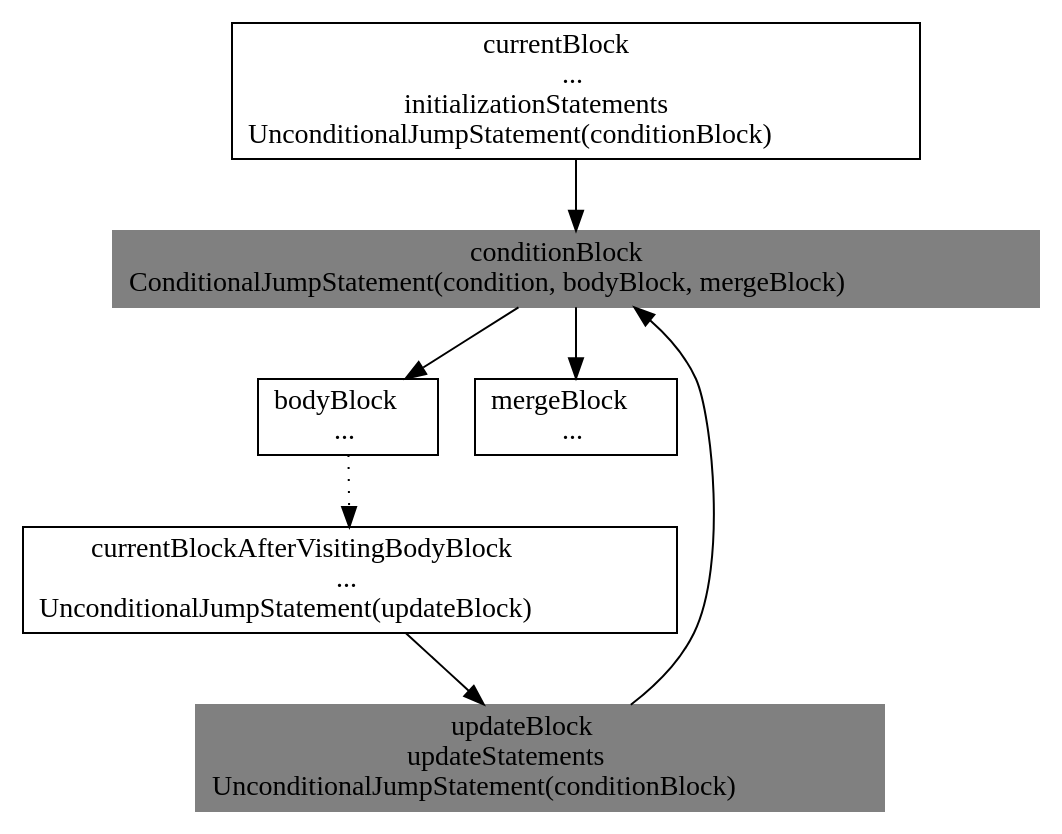
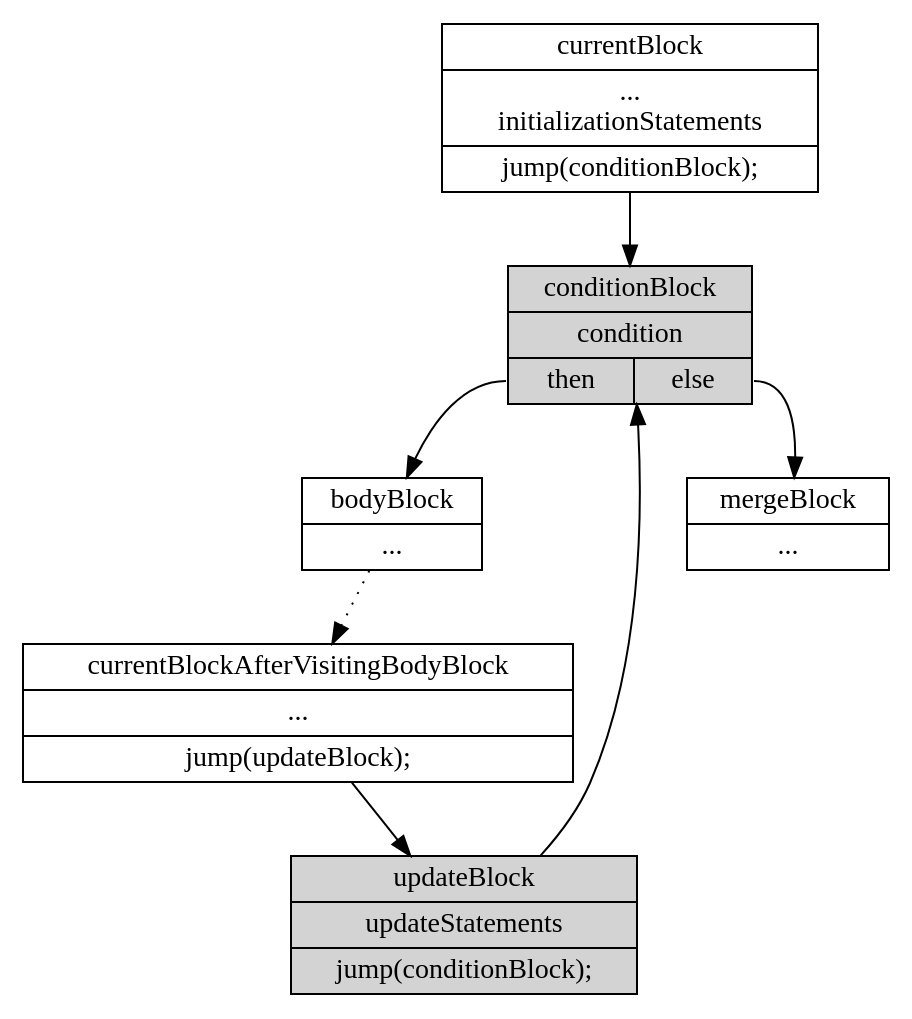
One commit to andreisilviudragnea/remove-recursion-inspection changed the diagram in templates-master/theses/diploma/src/graph/for.dot. Above: the diagram before and after it, drawn with Graphviz. The commit also changed 10 other files, not shown here.

```diff
--- a/templates-master/theses/diploma/src/graph/for.dot
+++ b/templates-master/theses/diploma/src/graph/for.dot
@@ -1,15 +1,16 @@
 digraph G {
-    node [shape=box];
-    currentBlock [label=<currentBlock<BR/>...<BR/>initializationStatements<BR/>UnconditionalJumpStatement(conditionBlock)>];
-    conditionBlock [label=<conditionBlock<BR/>ConditionalJumpStatement(condition, bodyBlock, mergeBlock)>,style=filled,color=grey];
-    updateBlock [label=<updateBlock<BR/>updateStatements<BR/>UnconditionalJumpStatement(conditionBlock)>,style=filled,color=grey];
-    currentBlockAfterVisitingBodyBlock [label=<currentBlockAfterVisitingBodyBlock<BR/>...<BR/>UnconditionalJumpStatement(updateBlock)>];
-    bodyBlock [label=<bodyBlock<BR/>...>];
-    mergeBlock [label=<mergeBlock<BR/>...>];
+    node [shape=record];
+    conditionBlock, updateBlock [style=filled, color=black, fillcolor=lightgrey];
+    currentBlock [label="{currentBlock|...\ninitializationStatements|jump(conditionBlock);}"];
+    conditionBlock [label="{conditionBlock|condition|{<true>then|<false>else}}"];
+    updateBlock [label="{updateBlock|updateStatements|jump(conditionBlock);}"];
+    currentBlockAfterVisitingBodyBlock [label="{currentBlockAfterVisitingBodyBlock|...|jump(updateBlock);}"];
+    bodyBlock [label="{bodyBlock|...}"];
+    mergeBlock [label="{mergeBlock|...}"];
     currentBlock -> conditionBlock;
-    conditionBlock -> bodyBlock;
-    conditionBlock -> mergeBlock;
+    conditionBlock:true -> bodyBlock;
+    conditionBlock:false -> mergeBlock;
     bodyBlock -> currentBlockAfterVisitingBodyBlock [style=dotted];
     currentBlockAfterVisitingBodyBlock -> updateBlock;
     updateBlock -> conditionBlock;
 }
```
